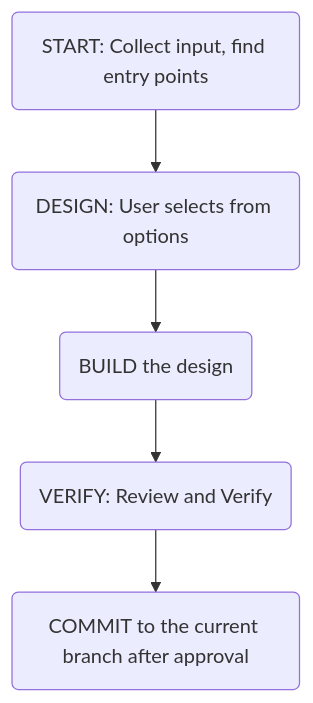
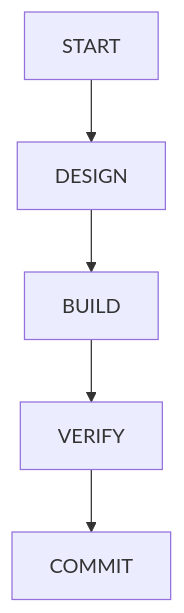
One commit to an-dr/agents changed the third of 3 diagrams in README.md. Above: the diagram before and after it, drawn with Mermaid. The commit also changed other lines of this file and 34 other files, not shown here.

````diff
--- a/README.md
+++ b/README.md
@@ -46,14 +41,4 @@
 ```mermaid
 flowchart TD
-
-START("START: Collect input, find entry points")
-DESIGN("DESIGN: User selects from options")
-BUILD("BUILD the design")
-VERIFY("VERIFY: Review and Verify")
-COMMIT("COMMIT to the current branch after approval")
-
-START --> DESIGN
-DESIGN --> BUILD
-BUILD --> VERIFY
-VERIFY --> COMMIT
+START --> DESIGN --> BUILD --> VERIFY --> COMMIT
 ```
````
